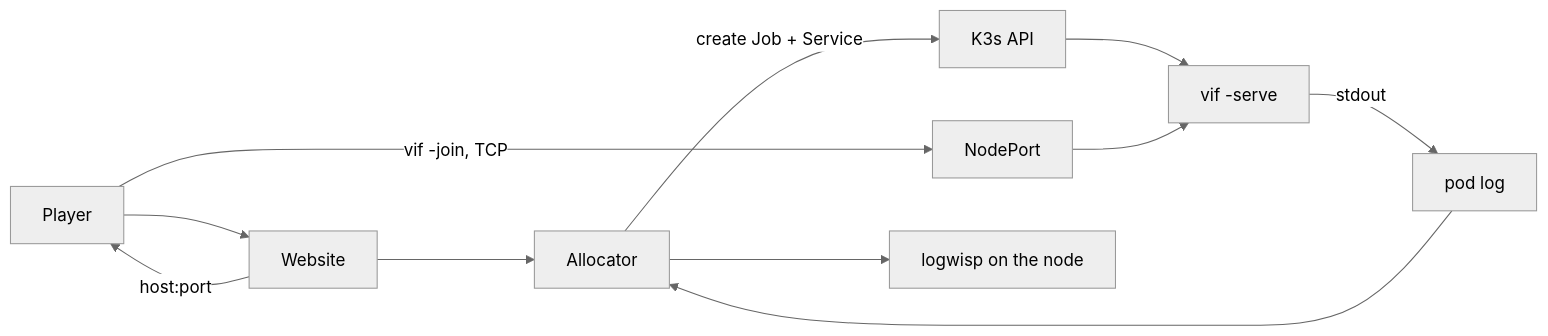
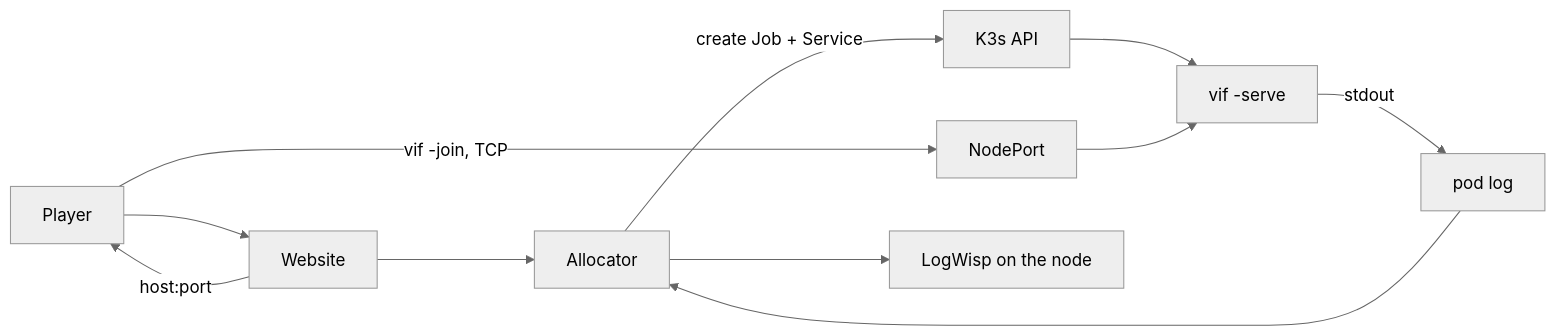
One commit to lixenwraith/vi-fighter changed the diagram in doc/kubernetes-fleet.md. Above: the diagram before and after it, drawn with Mermaid (neutral theme). The commit also changed other lines of this file and 16 other files, not shown here.

````diff
--- a/doc/kubernetes-fleet.md
+++ b/doc/kubernetes-fleet.md
@@ -26,10 +29,10 @@
 ```mermaid
 flowchart LR
     Player["Player"] --> Site["Website"]
     Site --> Alloc["Allocator"]
     Alloc -->|"create Job + Service"| API["K3s API"]
     API --> Pod["vif -serve"]
     Site -->|"host:port"| Player
     Player -->|"vif -join, TCP"| NP["NodePort"] --> Pod
-    Pod -->|"stdout"| Logs["pod log"] --> Alloc --> Wisp["logwisp on the node"]
+    Pod -->|"stdout"| Logs["pod log"] --> Alloc --> Wisp["LogWisp on the node"]
 ```
````
